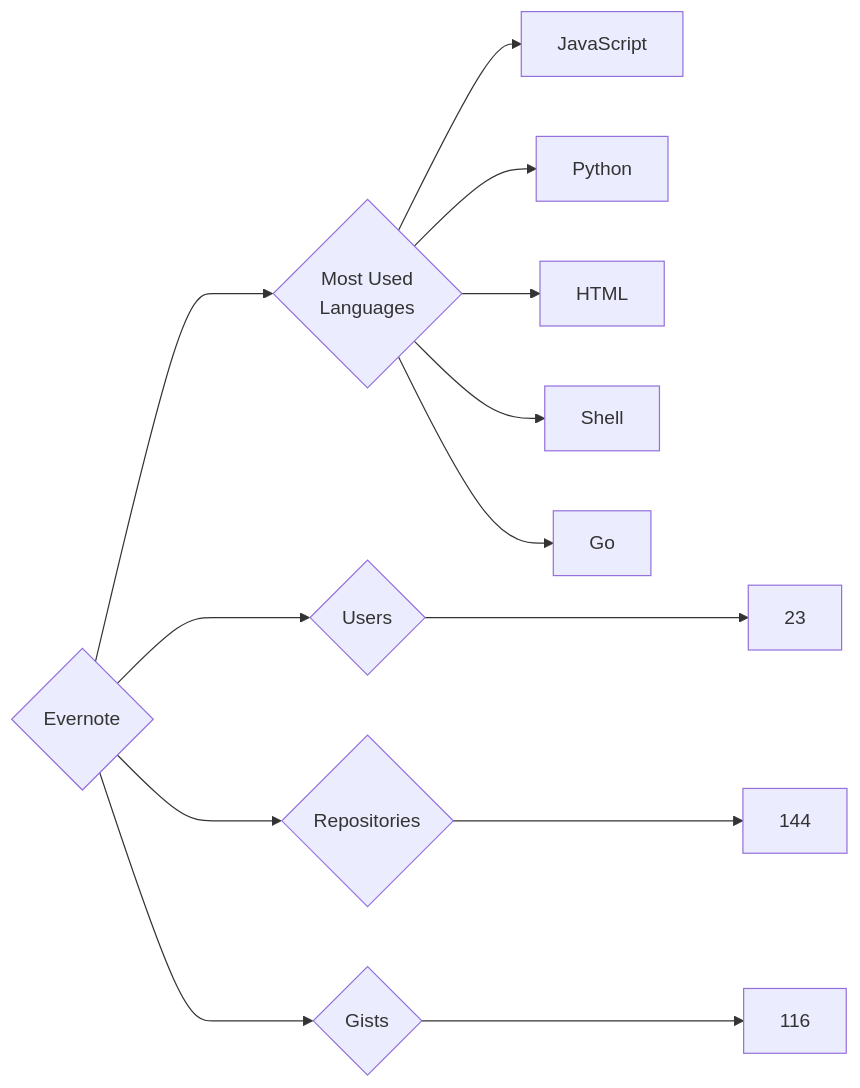
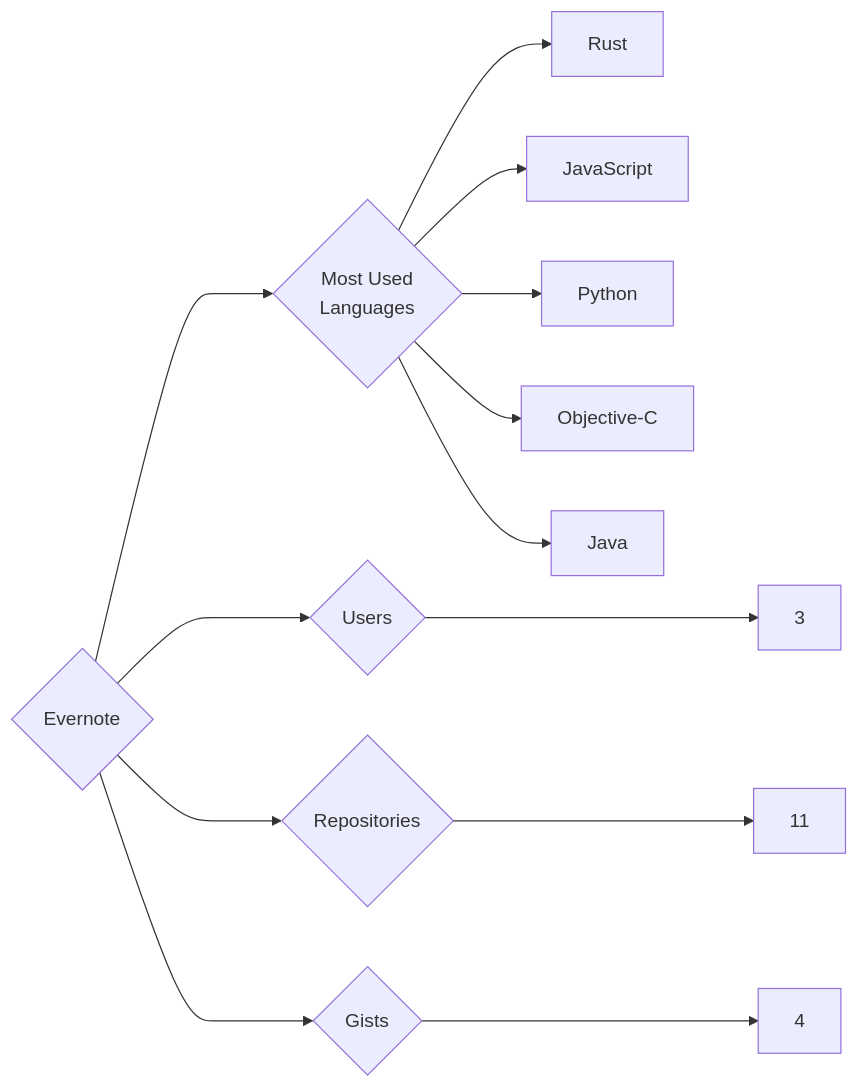
The diagram in targets/Evernote/README.md (trickest/insiders), drawn with Mermaid before and after one commit. The commit also changed 891 other files, not shown here.

````diff
--- a/targets/Evernote/README.md
+++ b/targets/Evernote/README.md
@@ -3,13 +3,13 @@
 ```mermaid
 graph LR
 COMPANY_NAME{Evernote}
-COMPANY_NAME ---> U{Users} ---> UN[23]
-COMPANY_NAME ---> R{Repositories} ---> RN[144]
-COMPANY_NAME ---> G{Gists} ---> GN[116]
+COMPANY_NAME ---> U{Users} ---> UN[3]
+COMPANY_NAME ---> R{Repositories} ---> RN[11]
+COMPANY_NAME ---> G{Gists} ---> GN[4]
 COMPANY_NAME ---> ML{Most Used<br>Languages}
+ML --> Rust[Rust]
 ML --> JavaScript[JavaScript]
 ML --> Python[Python]
-ML --> HTML[HTML]
-ML --> Shell[Shell]
-ML --> Go[Go]
+ML --> Objective-C[Objective-C]
+ML --> Java[Java]
 ```
````
